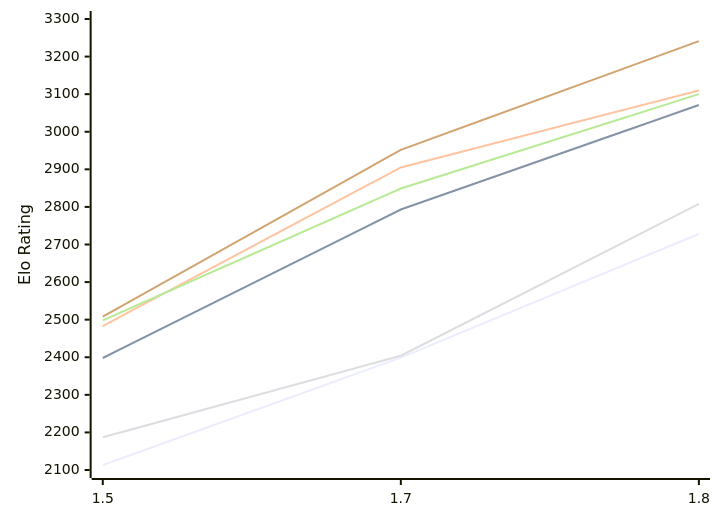
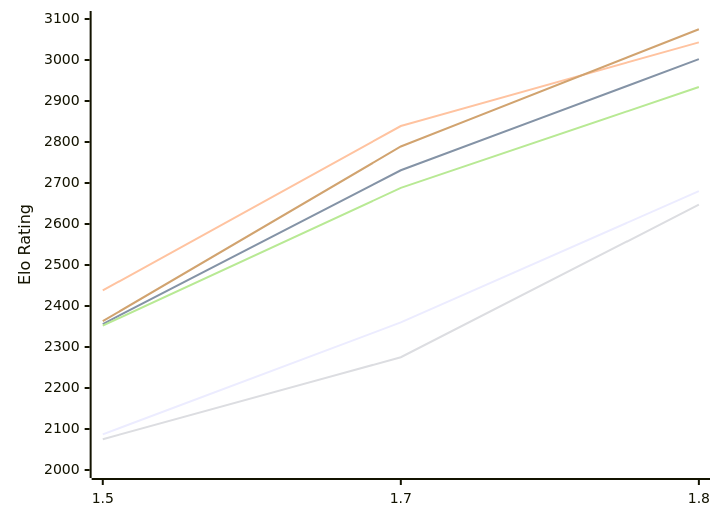
The first of 2 diagrams in engines/Facon.md (computer-chess-index/cci), drawn with Mermaid before and after one commit. The commit also changed other lines of this file, not shown here.

Commit message:
Update CCI Ratings (ELO VLTC) - 2026-11-13

````diff
--- a/engines/Facon.md
+++ b/engines/Facon.md
@@ -54,12 +54,12 @@
 ```mermaid
 %%{init: {"theme":"base","themeVariables":{"seriesColors:['#a3a3a3','#222221','#faa371']}}}%%
 xychart-beta
   x-axis ["1.5", "1.7", "1.8"]
-  y-axis "Elo Rating" 2100 --> 3300
-  line "E1: STC (8.0+0.08s)" [2113, 2399, 2728]
-  line "E1: LTC (60.0+0.60s)" [2398, 2793, 3071]
-  line "E1: VLTC (2m24s+1.12s)" [2483, 2905, 3110]
-  line "P1: STC (8.0+0.08s)" [2187, 2404, 2808]
-  line "P1: LTC (60.0+0.60s)" [2498, 2849, 3100]
-  line "P1: VLTC (2m24s+1.12s)" [2508, 2952, 3241]
+  y-axis "Elo Rating" 2000 --> 3100
+  line "E1: STC (8.0+0.08s)" [2087, 2360, 2680]
+  line "E1: LTC (60.0+0.60s)" [2356, 2731, 3002]
+  line "E1: VLTC (2m24s+1.12s)" [2438, 2839, 3043]
+  line "P1: STC (8.0+0.08s)" [2075, 2275, 2647]
+  line "P1: LTC (60.0+0.60s)" [2352, 2688, 2934]
+  line "P1: VLTC (2m24s+1.12s)" [2363, 2789, 3075]
 ```
````
